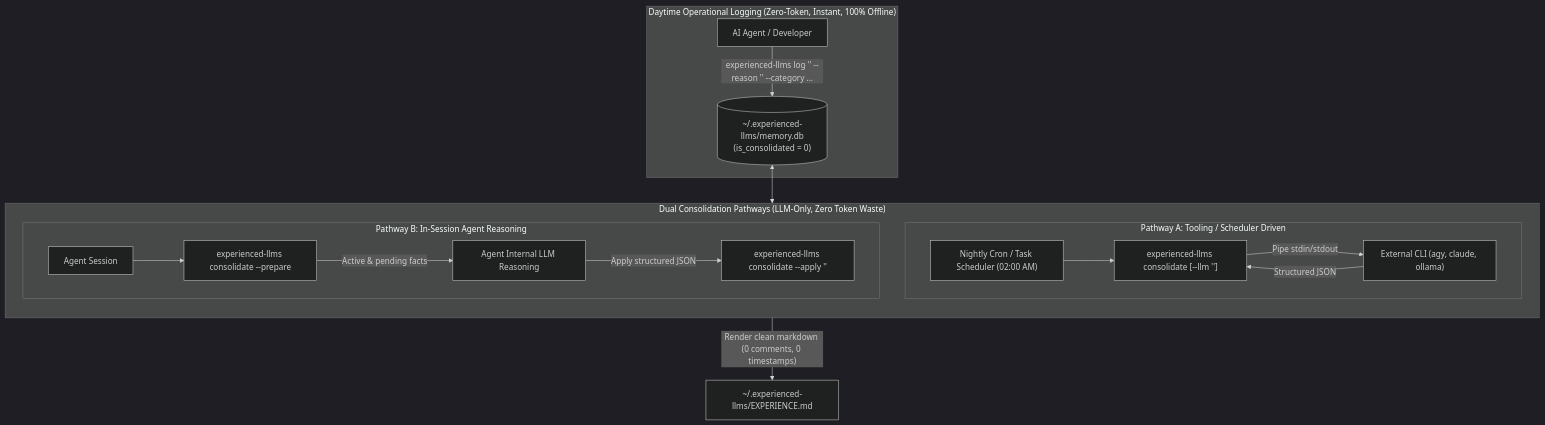
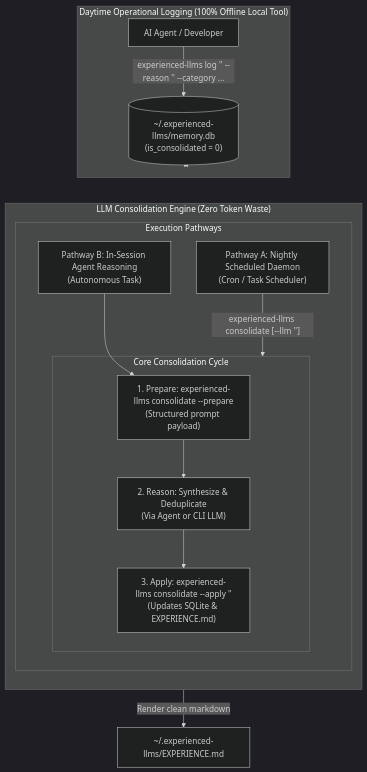
Before and after one commit to developer88/experienced-llms: the diagram in README.md, drawn with Mermaid (dark theme). The commit also changed other lines of this file and 9 other files, not shown here.

````diff
--- a/README.md
+++ b/README.md
@@ -33,24 +32,24 @@
 ```mermaid
 flowchart TD
-    subgraph Daytime ["Daytime Operational Logging (Zero-Token, Instant, 100% Offline)"]
+    subgraph Daytime ["Daytime Operational Logging (100% Offline Local Tool)"]
         Agent["AI Agent / Developer"] -->|"experienced-llms log '<rule>' --reason '<why>' --category ..."| DB[("~/.experienced-llms/memory.db<br/>(is_consolidated = 0)")]
     end
 
-    subgraph Consolidation ["Dual Consolidation Pathways (LLM-Only, Zero Token Waste)"]
+    subgraph Consolidation ["LLM Consolidation Engine (Zero Token Waste)"]
         direction TB
-        subgraph PathwayA ["Pathway A: Tooling / Scheduler Driven"]
-            Cron["Nightly Cron / Task Scheduler (02:00 AM)"] --> ConsCLI["experienced-llms consolidate [--llm '<cmd>']"]
-            ConsCLI -->|"Pipe stdin/stdout"| ExtLLM["External CLI (agy, claude, ollama)"]
-            ExtLLM -->|"Structured JSON"| ConsCLI
+        subgraph CoreEngine ["Core Consolidation Cycle"]
+            Prep["1. Prepare: experienced-llms consolidate --prepare<br/>(Structured prompt payload)"]
+            Reason["2. Reason: Synthesize & Deduplicate<br/>(Via Agent or CLI LLM)"]
+            Apply["3. Apply: experienced-llms consolidate --apply '<payload>'<br/>(Updates SQLite & EXPERIENCE.md)"]
+            Prep --> Reason --> Apply
         end
 
-        subgraph PathwayB ["Pathway B: In-Session Agent Reasoning"]
-            AgentSched["Agent Session"] --> Prep["experienced-llms consolidate --prepare"]
-            Prep -->|"Active & pending facts"| AgentReason["Agent Internal LLM Reasoning"]
-            AgentReason -->|"Apply structured JSON"| Apply["experienced-llms consolidate --apply '<payload>'"]
+        subgraph Triggers ["Execution Pathways"]
+            PathwayB["Pathway B: In-Session Agent Reasoning<br/>(Autonomous Task)"] --> Prep
+            PathwayA["Pathway A: Nightly Scheduled Daemon<br/>(Cron / Task Scheduler)"] -->|"experienced-llms consolidate [--llm '<cmd>']"| CoreEngine
         end
     end
 
-    DB <--> Consolidation
-    Consolidation -->|"Render clean markdown (0 comments, 0 timestamps)"| OutputFile["~/.experienced-llms/EXPERIENCE.md"]
+    DB <--> CoreEngine
+    Apply -->|"Render clean markdown"| OutputFile["~/.experienced-llms/EXPERIENCE.md"]
 ```
````
